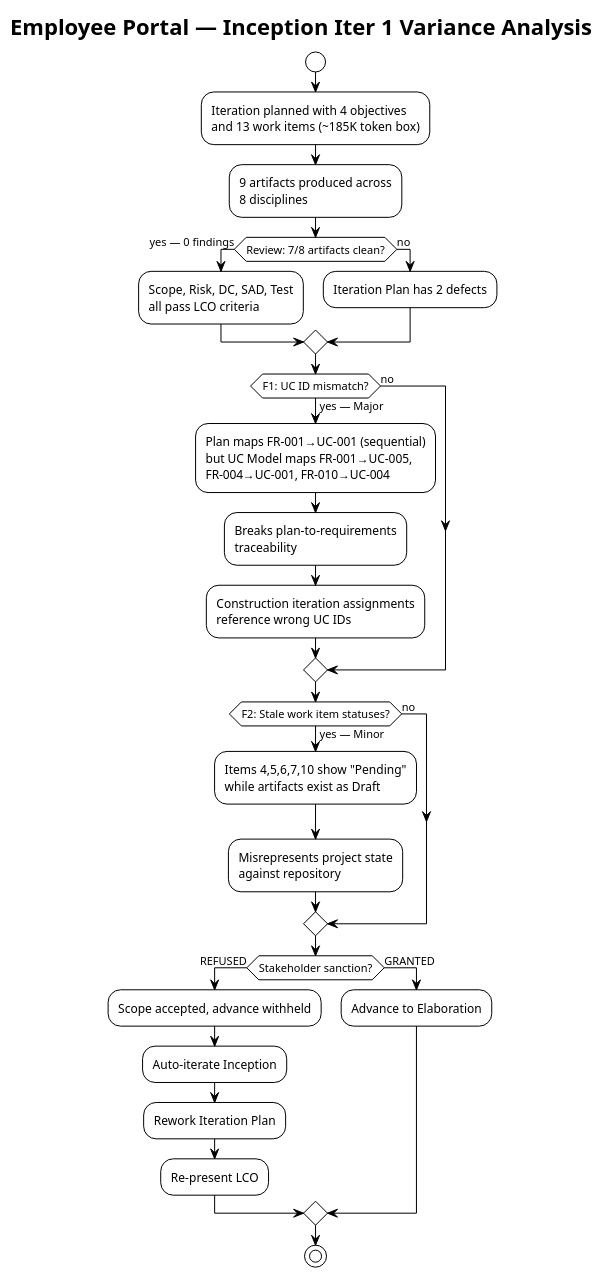
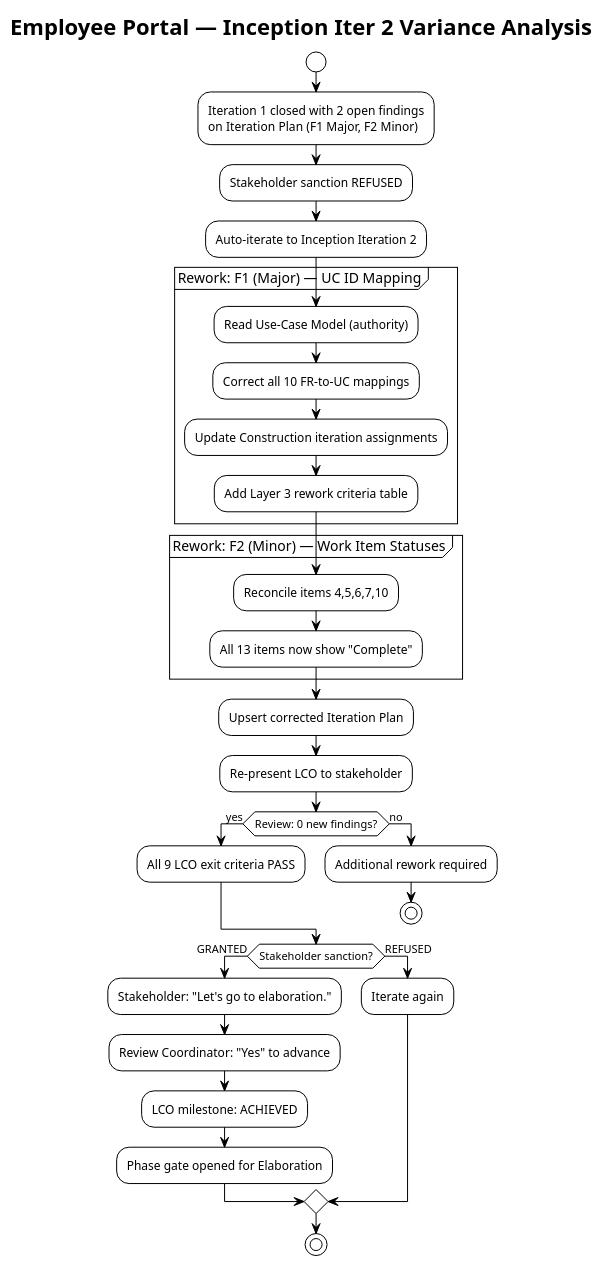
The third of 4 diagrams in docs/artifacts/project-management/iteration-assessment.md (banense-test/employee-portal), drawn with PlantUML before and after one commit. The commit also changed other lines of this file, not shown here.

First line of the commit message:
Project Manager [I2]: upsert Iteration Assessment

````diff
--- a/docs/artifacts/project-management/iteration-assessment.md
+++ b/docs/artifacts/project-management/iteration-assessment.md
@@ -216,52 +298,47 @@
 ```plantuml
 @startuml
 !theme plain
-title Employee Portal — Inception Iter 1 Variance Analysis
+title Employee Portal — Inception Iter 2 Variance Analysis
 
 start
 
-:Iteration planned with 4 objectives
-and 13 work items (~185K token box);
+:Iteration 1 closed with 2 open findings
+on Iteration Plan (F1 Major, F2 Minor);
+:Stakeholder sanction REFUSED;
+:Auto-iterate to Inception Iteration 2;
 
-:9 artifacts produced across
-8 disciplines;
+partition "Rework: F1 (Major) — UC ID Mapping" {
+  :Read Use-Case Model (authority);
+  :Correct all 10 FR-to-UC mappings;
+  :Update Construction iteration assignments;
+  :Add Layer 3 rework criteria table;
+}
 
-if (Review: 7/8 artifacts clean?) then (yes — 0 findings)
-  :Scope, Risk, DC, SAD, Test
-  all pass LCO criteria;
+partition "Rework: F2 (Minor) — Work Item Statuses" {
+  :Reconcile items 4,5,6,7,10;
+  :All 13 items now show "Complete";
+}
+
+:Upsert corrected Iteration Plan;
+:Re-present LCO to stakeholder;
+
+if (Review: 0 new findings?) then (yes)
+  :All 9 LCO exit criteria PASS;
 else (no)
-  :Iteration Plan has 2 defects;
+  :Additional rework required;
+  stop
 endif
 
-if (F1: UC ID mismatch?) then (yes — Major)
-  :Plan maps FR-001→UC-001 (sequential)
-  but UC Model maps FR-001→UC-005,
-  FR-004→UC-001, FR-010→UC-004;
-  :Breaks plan-to-requirements
-  traceability;
-  :Construction iteration assignments
-  reference wrong UC IDs;
-else (no)
-endif
-
-if (F2: Stale work item statuses?) then (yes — Minor)
-  :Items 4,5,6,7,10 show "Pending"
-  while artifacts exist as Draft;
-  :Misrepresents project state
-  against repository;
-else (no)
-endif
-
-if (Stakeholder sanction?) then (REFUSED)
-  :Scope accepted, advance withheld;
-  :Auto-iterate Inception;
-  :Rework Iteration Plan;
-  :Re-present LCO;
-else (GRANTED)
-  :Advance to Elaboration;
+if (Stakeholder sanction?) then (GRANTED)
+  :Stakeholder: "Let's go to elaboration.";
+  :Review Coordinator: "Yes" to advance;
+  :LCO milestone: ACHIEVED;
+  :Phase gate opened for Elaboration;
+else (REFUSED)
+  :Iterate again;
 endif
 
 stop
 
 @enduml
 ```
````
